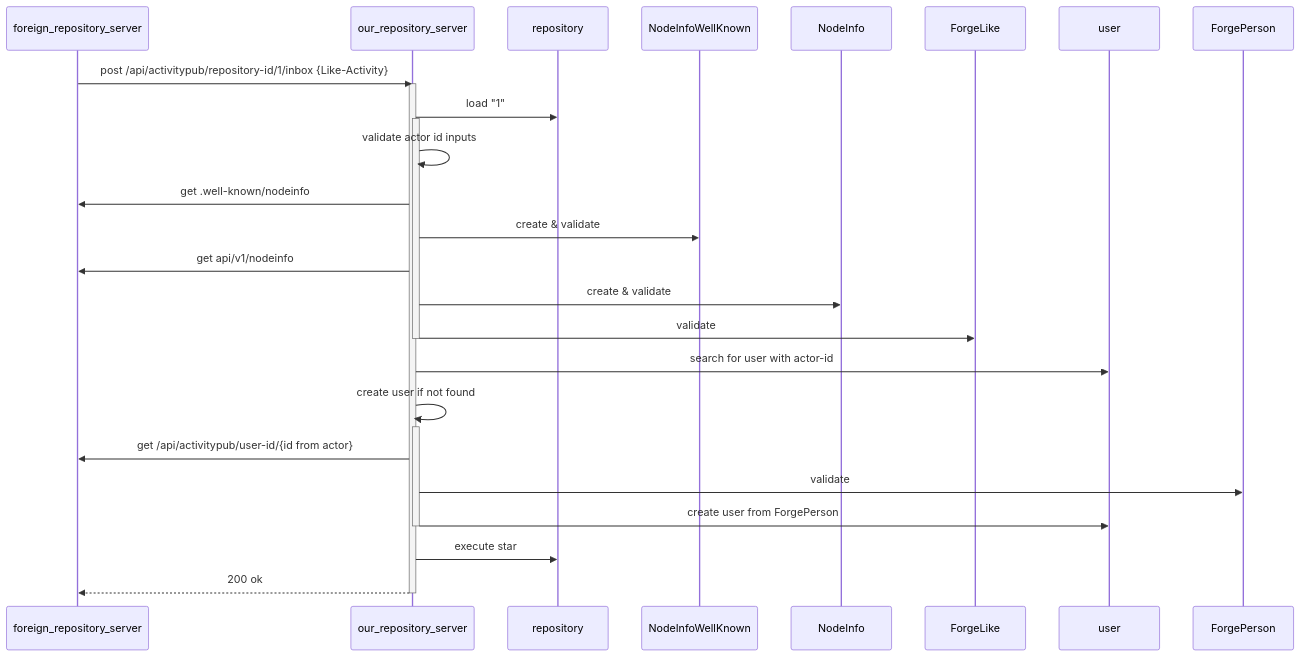
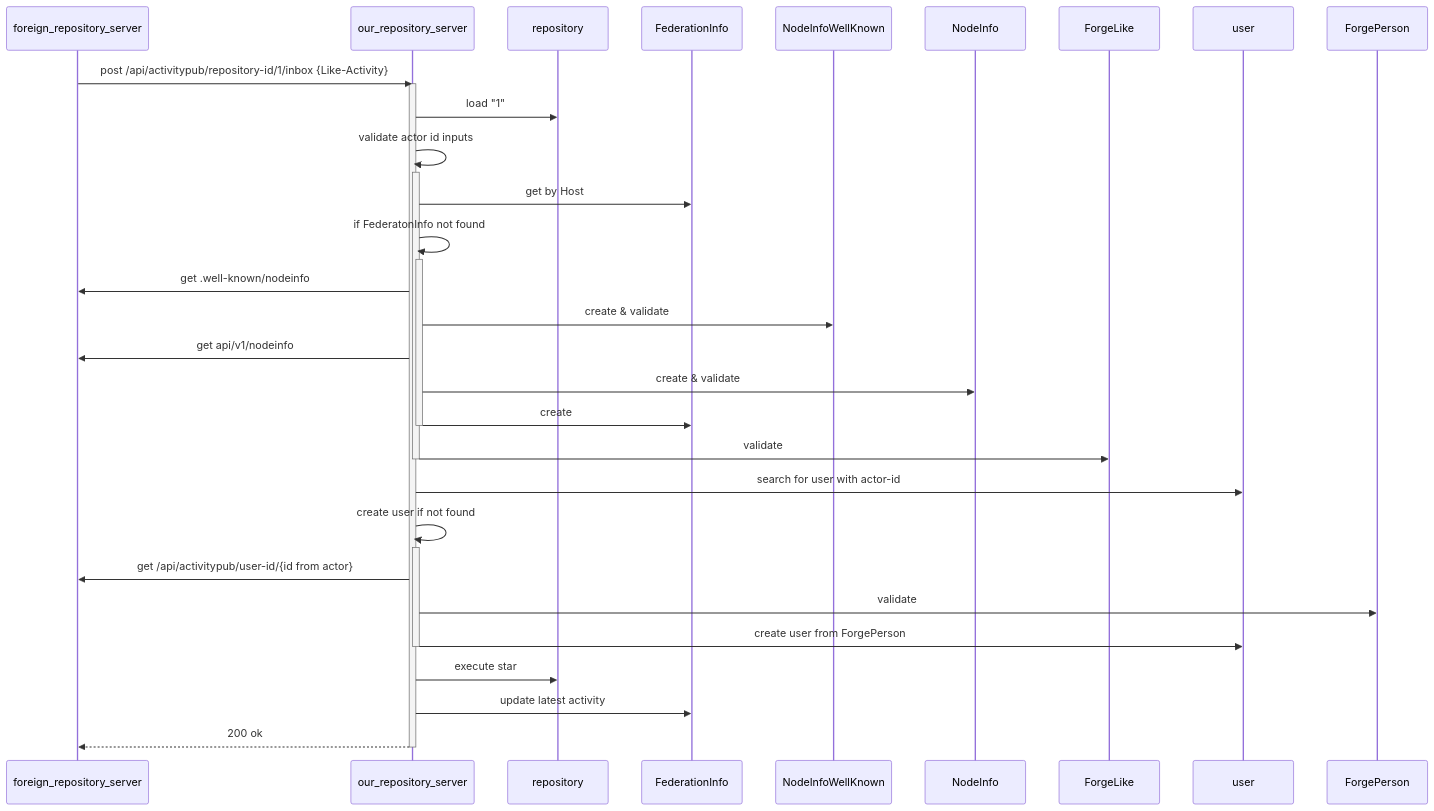
One commit to yonasBSD/forgejo changed the first of 2 diagrams in docs/unsure-where-to-put/threat_analysis_star_activity.md. Above: the diagram before and after it, drawn with Mermaid. The commit also changed other lines of this file, not shown here.

Commit message:
Update for new implementation

````diff
--- a/docs/unsure-where-to-put/threat_analysis_star_activity.md
+++ b/docs/unsure-where-to-put/threat_analysis_star_activity.md
@@ -8,28 +8,34 @@
 ```mermaid
 sequenceDiagram
     participant fs as foreign_repository_server
     participant os as our_repository_server
 
     fs ->> os: post /api/activitypub/repository-id/1/inbox {Like-Activity}
     activate os
     os ->> repository: load "1"
+    os ->> os: validate actor id inputs
     activate os
-    os ->> os: validate actor id inputs
+    os ->> FederationInfo: get by Host
+    os ->> os: if FederatonInfo not found
+    activate os
     os ->> fs: get .well-known/nodeinfo
     os ->> NodeInfoWellKnown: create & validate
     os ->> fs: get api/v1/nodeinfo
     os ->> NodeInfo: create & validate
+    os ->> FederationInfo: create
+    deactivate os
     os ->> ForgeLike: validate
     deactivate os
     
     os ->> user: search for user with actor-id
     os ->> os: create user if not found
     activate os
     os ->> fs: get /api/activitypub/user-id/{id from actor}
     os ->> ForgePerson: validate
     os ->> user: create user from ForgePerson
     deactivate os
     os ->> repository: execute star
+    os ->> FederationInfo: update latest activity
     os -->> fs: 200 ok
     deactivate os
 ```
````
